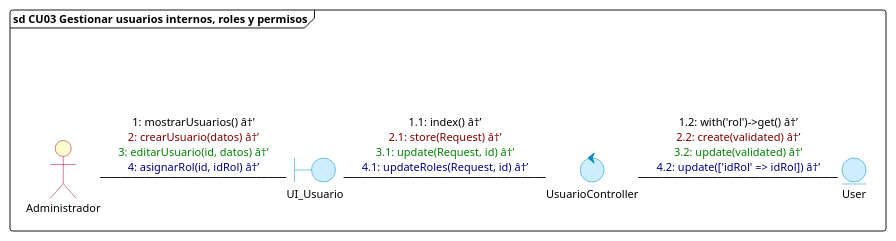
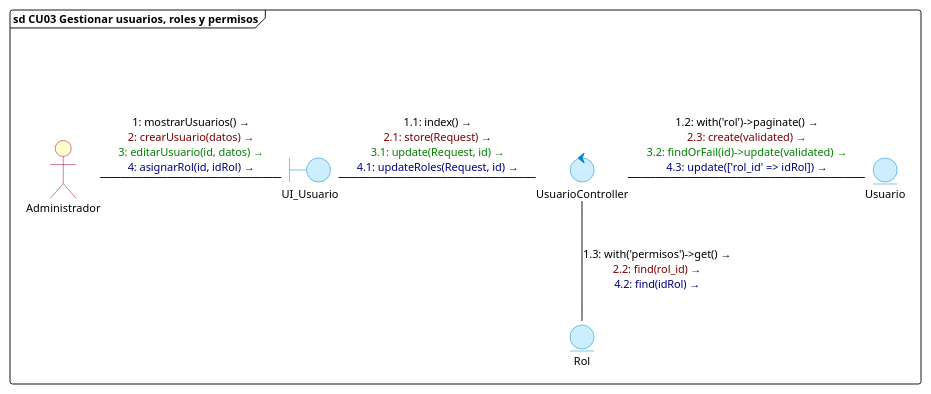
The third of 17 diagrams in diagramas/comunicacion/diagramas_comunicacion_todos_cu.puml (DiogoMars777/TELCOM-2.0), drawn with PlantUML before and after one commit. The commit also changed other lines of this file and 16 other files, not shown here.

Commit message:
docs: actualizar diagramas de comunicacion CU01 al CU17 con modelos y tablas canonicas de BD

```diff
--- a/diagramas/comunicacion/diagramas_comunicacion_todos_cu.puml
+++ b/diagramas/comunicacion/diagramas_comunicacion_todos_cu.puml
@@ -70,31 +77,34 @@
 @startuml cu03_gestionar_usuarios_roles_permisos
 skinparam backgroundColor white
 skinparam defaultFontName "Segoe UI"
 skinparam defaultFontSize 11
 skinparam interfaceBackgroundColor transparent
 skinparam interfaceBorderColor transparent
 skinparam actorBackgroundColor #FEFECE
 skinparam actorBorderColor #A80036
 skinparam boundaryBackgroundColor #CCEEFF
 skinparam boundaryBorderColor #0088CC
 skinparam controlBackgroundColor #CCEEFF
 skinparam controlBorderColor #0088CC
 skinparam entityBackgroundColor #CCEEFF
 skinparam entityBorderColor #0088CC
 
-frame "sd CU03 Gestionar usuarios internos, roles y permisos" {
+frame "sd CU03 Gestionar usuarios, roles y permisos" {
     () " " as spacer
-    actor Administrador
+    actor "Administrador" as Administrador
     boundary UI_Usuario
     control UsuarioController
-    entity User
+    entity Usuario
+    entity Rol
 
     spacer -[hidden]down- Administrador
 
-    Administrador -right- UI_Usuario : <font color=#000000>1: mostrarUsuarios() â†’</font>\n<font color=#800000>2: crearUsuario(datos) â†’</font>\n<font color=#008000>3: editarUsuario(id, datos) â†’</font>\n<font color=#000080>4: asignarRol(id, idRol) â†’</font>
+    Administrador -right- UI_Usuario : <font color=#000000>1: mostrarUsuarios() →</font>\n<font color=#800000>2: crearUsuario(datos) →</font>\n<font color=#008000>3: editarUsuario(id, datos) →</font>\n<font color=#000080>4: asignarRol(id, idRol) →</font>
 
-    UI_Usuario -right- UsuarioController : <font color=#000000>1.1: index() â†’</font>\n<font color=#800000>2.1: store(Request) â†’</font>\n<font color=#008000>3.1: update(Request, id) â†’</font>\n<font color=#000080>4.1: updateRoles(Request, id) â†’</font>
+    UI_Usuario -right- UsuarioController : <font color=#000000>1.1: index() →</font>\n<font color=#800000>2.1: store(Request) →</font>\n<font color=#008000>3.1: update(Request, id) →</font>\n<font color=#000080>4.1: updateRoles(Request, id) →</font>
 
-    UsuarioController -right- User : <font color=#000000>1.2: with('rol')->get() â†’</font>\n<font color=#800000>2.2: create(validated) â†’</font>\n<font color=#008000>3.2: update(validated) â†’</font>\n<font color=#000080>4.2: update(['idRol' => idRol]) â†’</font>
+    UsuarioController -right- Usuario : <font color=#000000>1.2: with('rol')->paginate() →</font>\n<font color=#800000>2.3: create(validated) →</font>\n<font color=#008000>3.2: findOrFail(id)->update(validated) →</font>\n<font color=#000080>4.3: update(['rol_id' => idRol]) →</font>
+
+    UsuarioController -down- Rol : <font color=#000000>1.3: with('permisos')->get() →</font>\n<font color=#800000>2.2: find(rol_id) →</font>\n<font color=#000080>4.2: find(idRol) →</font>
 }
 @enduml
```
